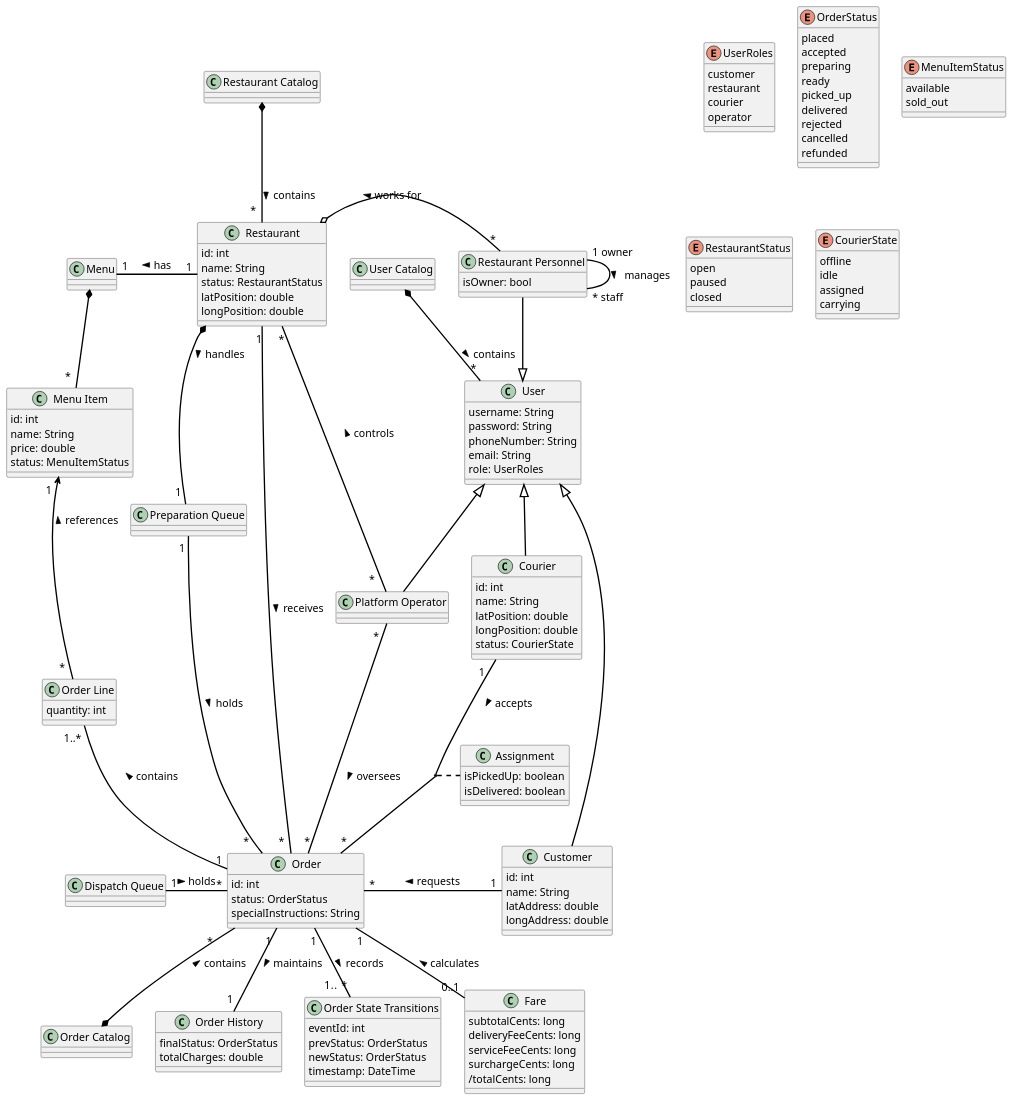
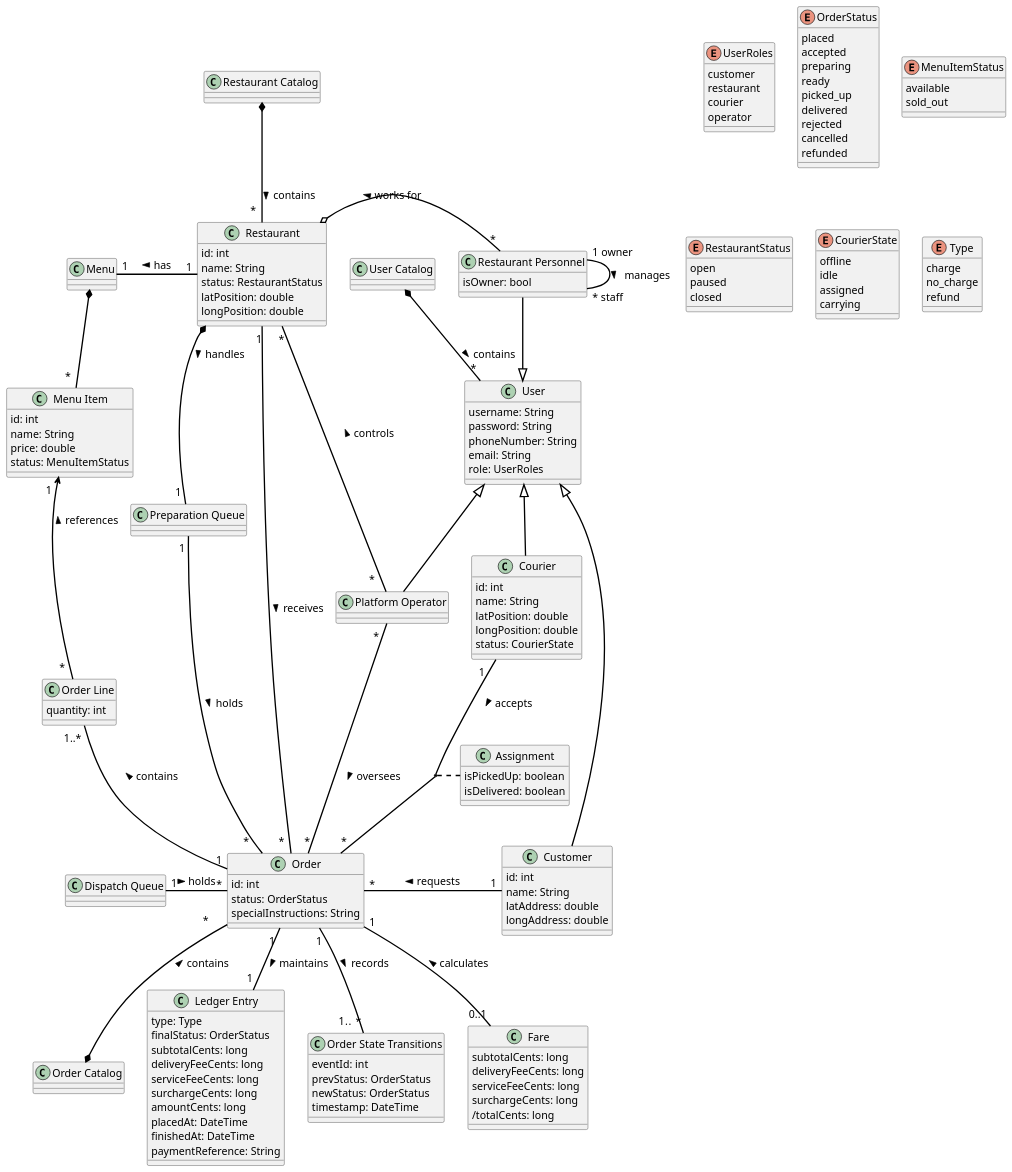
The diagram in diagrams/domainModel.puml (MonishKD/HelloWorldprint_HI), drawn with PlantUML before and after one commit.

Commit message:
Modifications to OrderHistory (now LedgerEntry)

```diff
--- a/diagrams/domainModel.puml
+++ b/diagrams/domainModel.puml
@@ -88,9 +88,17 @@
 
 }
 
-class "Order History" as OrderHistory {
+class "Ledger Entry" as OrderHistory {
+    type: Type
     finalStatus: OrderStatus
-    totalCharges: double
+    subtotalCents: long
+    deliveryFeeCents: long
+    serviceFeeCents: long
+    surchargeCents: long
+    amountCents: long
+    placedAt: DateTime
+    finishedAt: DateTime
+    paymentReference: String
 }
 
 class "Order State Transitions" as OST {
@@ -201,4 +209,10 @@
     carrying
 }
 
+enum "Type" as Type {
+    charge
+    no_charge
+    refund
+}
+
 @enduml
```
